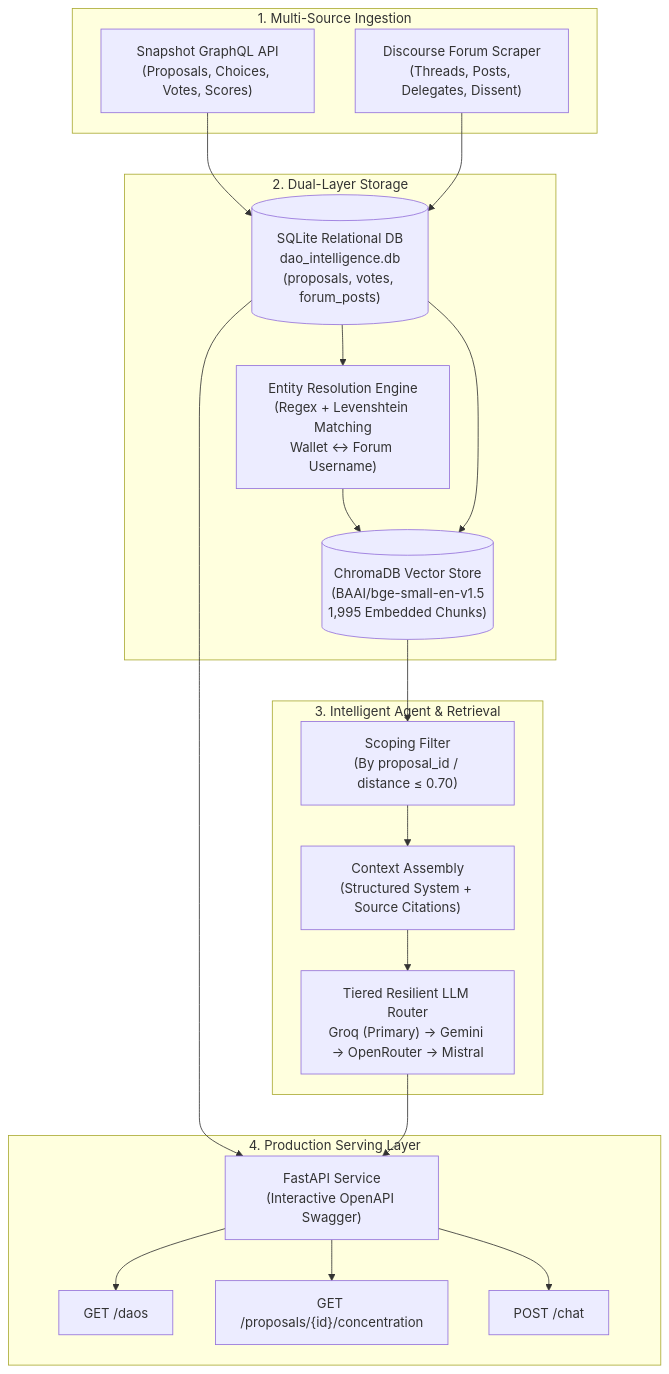
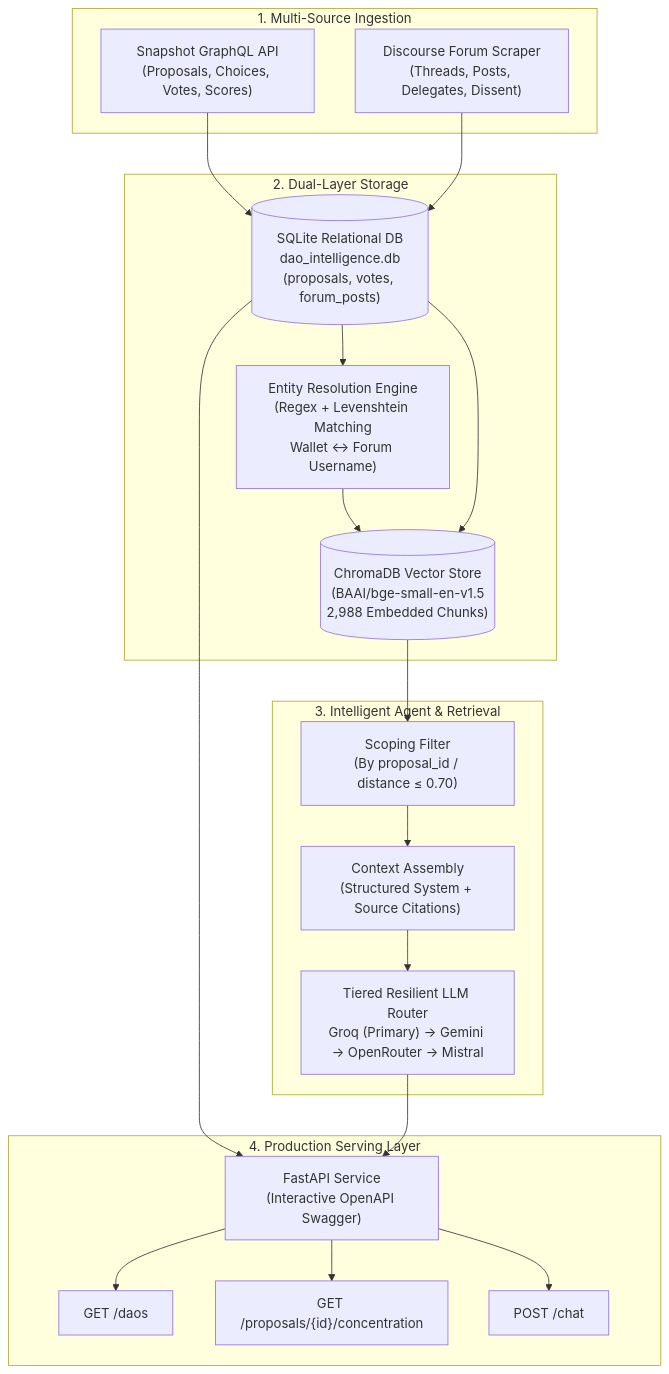
The diagram in README.md (Rakshitgoyal770/DOA-BACKEND), drawn with Mermaid before and after one commit. The commit also changed other lines of this file and 1 other file, not shown here.

````diff
--- a/README.md
+++ b/README.md
@@ -55,37 +57,37 @@
 ```mermaid
 flowchart TD
     subgraph Ingestion ["1. Multi-Source Ingestion"]
         SNAP["Snapshot GraphQL API<br/>(Proposals, Choices, Votes, Scores)"]
         DISC["Discourse Forum Scraper<br/>(Threads, Posts, Delegates, Dissent)"]
     end
 
     subgraph Storage ["2. Dual-Layer Storage"]
         SQL[("SQLite Relational DB<br/>dao_intelligence.db<br/>(proposals, votes, forum_posts)")]
         RESOLV["Entity Resolution Engine<br/>(Regex + Levenshtein Matching<br/>Wallet &harr; Forum Username)"]
-        CHROMA[("ChromaDB Vector Store<br/>(BAAI/bge-small-en-v1.5<br/>1,995 Embedded Chunks)")]
+        CHROMA[("ChromaDB Vector Store<br/>(BAAI/bge-small-en-v1.5<br/>2,988 Embedded Chunks)")]
     end
 
     subgraph Engine ["3. Intelligent Agent & Retrieval"]
         FILTER["Scoping Filter<br/>(By proposal_id / distance &le; 0.70)"]
         PROMPT["Context Assembly<br/>(Structured System + Source Citations)"]
         LLM["Tiered Resilient LLM Router<br/>Groq (Primary) &rarr; Gemini &rarr; OpenRouter &rarr; Mistral"]
     end
 
     subgraph API ["4. Production Serving Layer"]
         FAST["FastAPI Service<br/>(Interactive OpenAPI Swagger)"]
         C1["GET /daos"]
         C2["GET /proposals/{id}/concentration"]
         C3["POST /chat"]
     end
 
     SNAP --> SQL
     DISC --> SQL
     SQL --> RESOLV --> CHROMA
     SQL --> CHROMA
     CHROMA --> FILTER --> PROMPT --> LLM
     SQL --> FAST
     LLM --> FAST
     FAST --> C1
     FAST --> C2
     FAST --> C3
 ```
````
